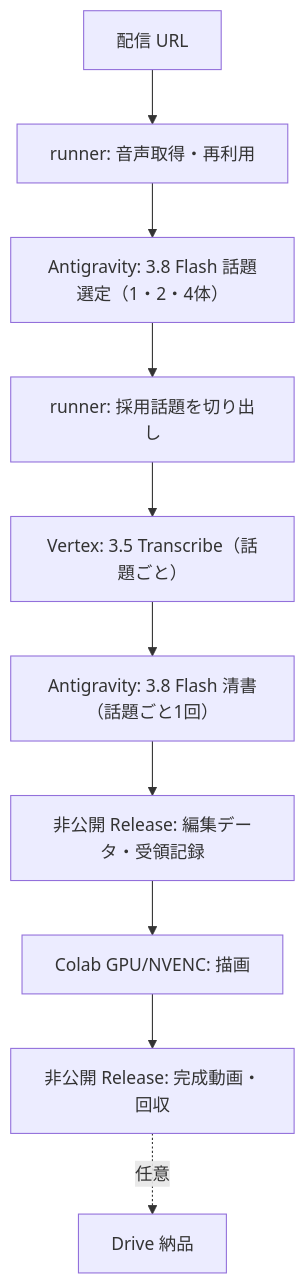
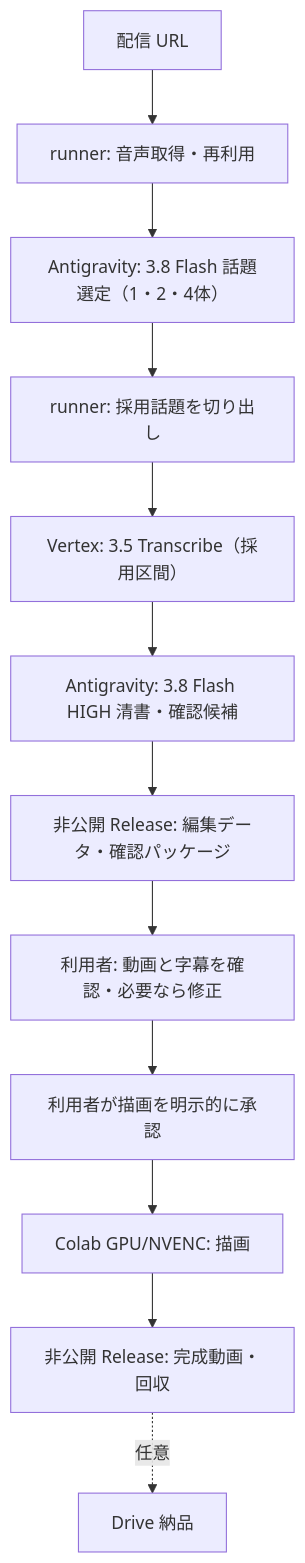
The diagram in docs/ARCHITECTURE.md (nyu1791-collab/ClipForge), drawn with Mermaid before and after one commit. The commit also changed other lines of this file and 6 other files, not shown here.

Commit message:
Clarify current review architecture and repository roles

````diff
--- a/docs/ARCHITECTURE.md
+++ b/docs/ARCHITECTURE.md
@@ -3,12 +3,14 @@
 ```mermaid
 flowchart TD
   URL[配信 URL] --> ACQ[runner: 音声取得・再利用]
   ACQ --> UND[Antigravity: 3.8 Flash 話題選定（1・2・4体）]
   UND --> CUT[runner: 採用話題を切り出し]
-  CUT --> TR[Vertex: 3.5 Transcribe（話題ごと）]
-  TR --> CLN[Antigravity: 3.8 Flash 清書（話題ごと1回）]
-  CLN --> REL[非公開 Release: 編集データ・受領記録]
-  REL --> RND[Colab GPU/NVENC: 描画]
+  CUT --> TR[Vertex: 3.5 Transcribe（採用区間）]
+  TR --> CLN[Antigravity: 3.8 Flash HIGH 清書・確認候補]
+  CLN --> REL[非公開 Release: 編集データ・確認パッケージ]
+  REL --> CHECK[利用者: 動画と字幕を確認・必要なら修正]
+  CHECK --> APPROVE[利用者が描画を明示的に承認]
+  APPROVE --> RND[Colab GPU/NVENC: 描画]
   RND --> OUT[非公開 Release: 完成動画・回収]
   OUT -.任意.-> DRV[Drive 納品]
 ```
````
